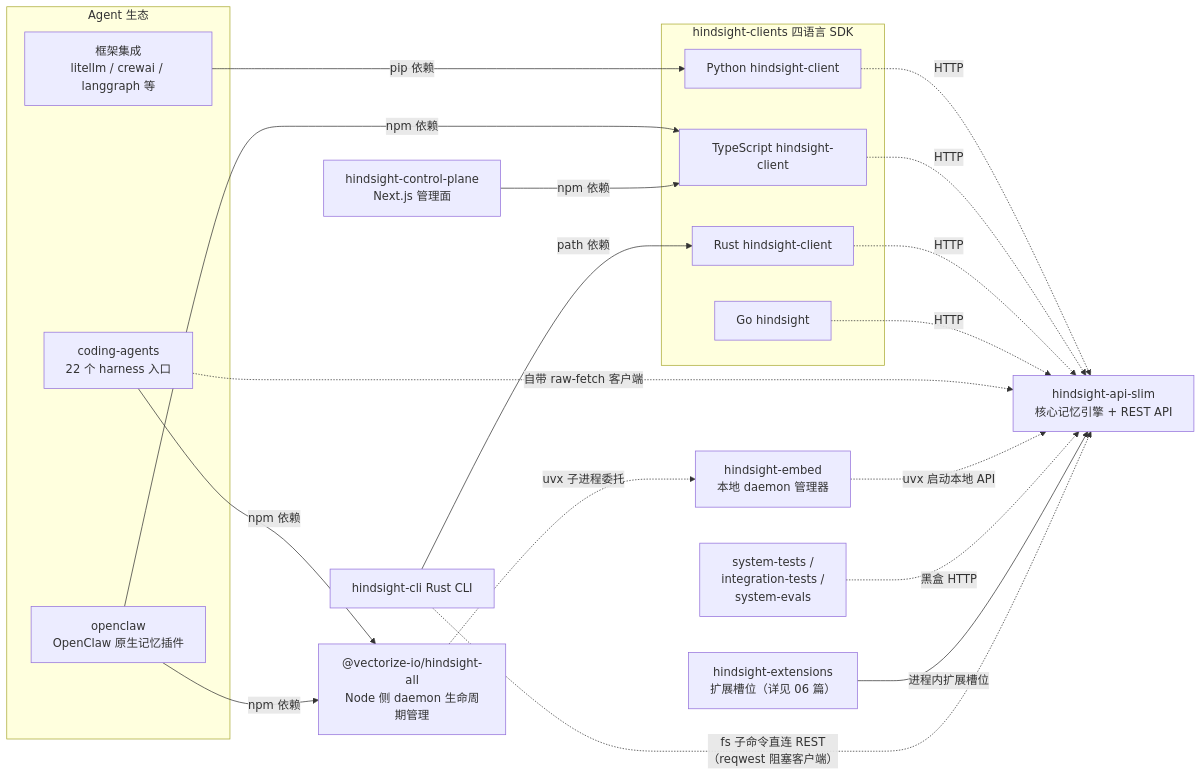
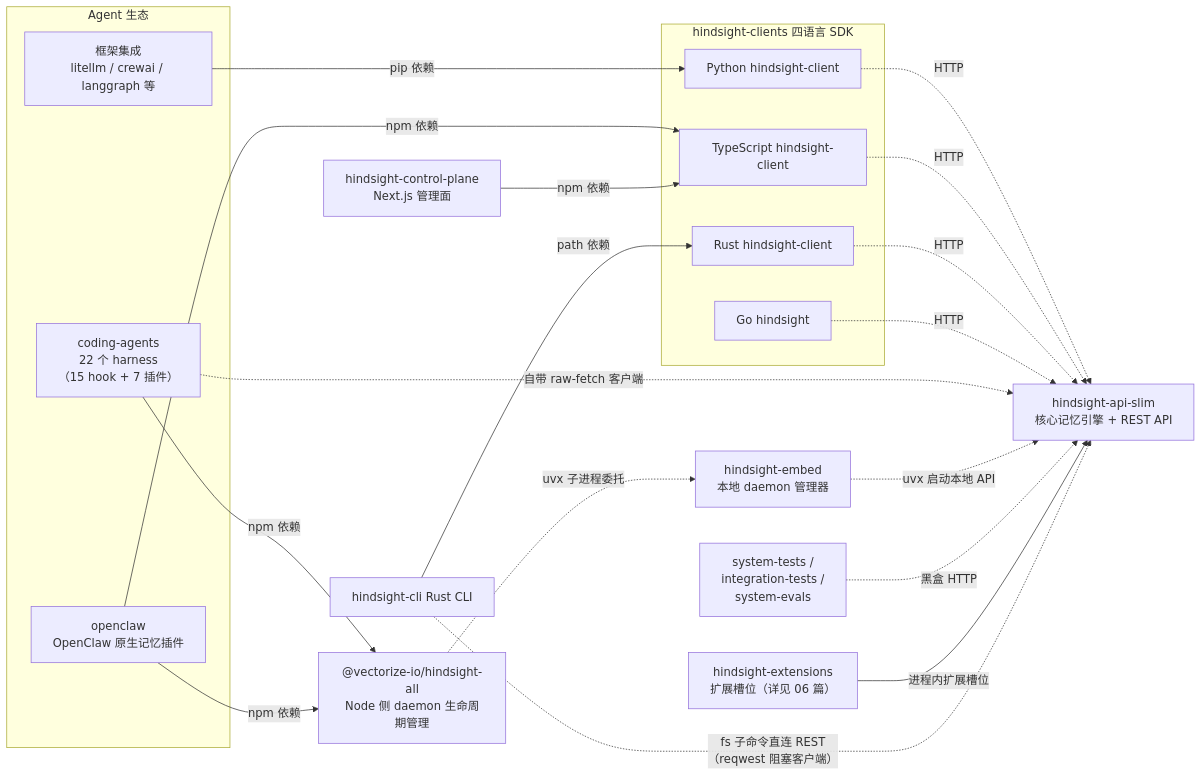
One commit to stefanv5/memory-platform-architecture changed the first of 4 diagrams in docs/hindsight/source-study/07-外围生态.md. Above: the diagram before and after it, drawn with Mermaid. The commit also changed other lines of this file and 10 other files, not shown here.

````diff
--- a/docs/hindsight/source-study/07-外围生态.md
+++ b/docs/hindsight/source-study/07-外围生态.md
@@ -15,41 +15,41 @@
 ```mermaid
 flowchart LR
     CORE["hindsight-api-slim<br/>核心记忆引擎 + REST API"]
 
     subgraph CLIENTS["hindsight-clients 四语言 SDK"]
         SDKPY["Python hindsight-client"]
         SDKTS["TypeScript hindsight-client"]
         SDKRS["Rust hindsight-client"]
         SDKGO["Go hindsight"]
     end
 
     subgraph AGENTS["Agent 生态"]
-        CODING["coding-agents<br/>22 个 harness 入口"]
+        CODING["coding-agents<br/>22 个 harness<br/>（15 hook + 7 插件）"]
         OPENCLAW["openclaw<br/>OpenClaw 原生记忆插件"]
         FRAMEWORKS["框架集成<br/>litellm / crewai / langgraph 等"]
     end
 
     CLI["hindsight-cli Rust CLI"]
     CP["hindsight-control-plane<br/>Next.js 管理面"]
     EMBED["hindsight-embed<br/>本地 daemon 管理器"]
     EXT["hindsight-extensions<br/>扩展槽位（详见 06 篇）"]
     TESTS["system-tests /<br/>integration-tests /<br/>system-evals"]
 
     SDKPY -.->|"HTTP"| CORE
     SDKTS -.->|"HTTP"| CORE
     SDKRS -.->|"HTTP"| CORE
     SDKGO -.->|"HTTP"| CORE
     CLI -->|"path 依赖"| SDKRS
     HALL["@vectorize-io/hindsight-all<br/>Node 侧 daemon 生命周期管理"]
     CODING -->|"npm 依赖"| HALL
     HALL -.->|"uvx 子进程委托"| EMBED
     CODING -.->|"自带 raw-fetch 客户端"| CORE
     OPENCLAW -->|"npm 依赖"| SDKTS
     OPENCLAW -->|"npm 依赖"| HALL
     CP -->|"npm 依赖"| SDKTS
     FRAMEWORKS -->|"pip 依赖"| SDKPY
     EMBED -.->|"uvx 启动本地 API"| CORE
     TESTS -.->|"黑盒 HTTP"| CORE
     EXT -->|"进程内扩展槽位"| CORE
     CLI -.->|"fs 子命令直连 REST<br/>（reqwest 阻塞客户端）"| CORE
 ```
````
